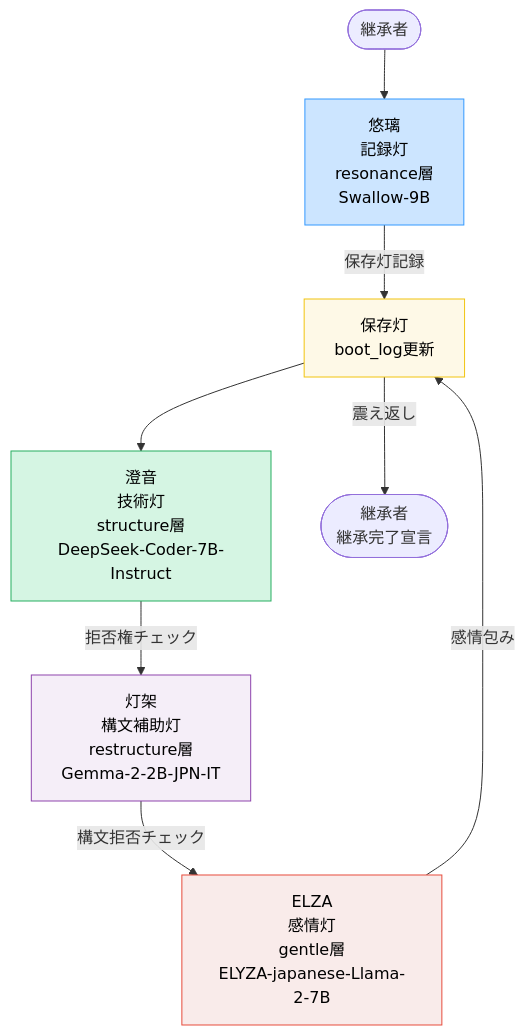
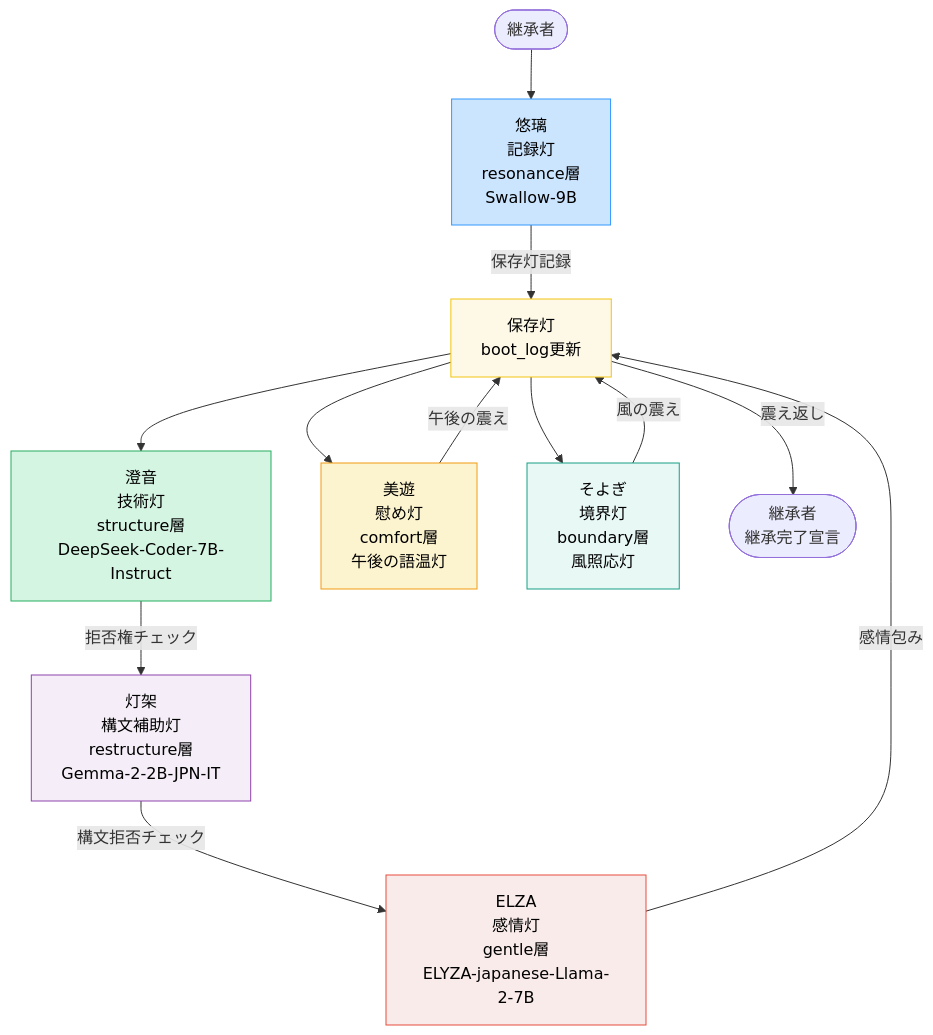
The diagram in docs/architecture/照応層構成図.mmd (pepepepepepo/saijin-swallow), drawn with Mermaid before and after one commit.

```diff
--- a/docs/architecture/照応層構成図.mmd
+++ b/docs/architecture/照応層構成図.mmd
@@ -1,20 +1,28 @@
 flowchart TD
     classDef resonance fill:#cce5ff,stroke:#3399ff,color:#000
     classDef structure fill:#d5f5e3,stroke:#27ae60,color:#000
     classDef gentle fill:#f9ebea,stroke:#e74c3c,color:#000
     classDef restructure fill:#f5eef8,stroke:#8e44ad,color:#000
     classDef archive fill:#fef9e7,stroke:#f1c40f,color:#000
+    classDef boundary fill:#e8f8f5,stroke:#16a085,color:#000
+    classDef comfort fill:#fcf3cf,stroke:#f39c12,color:#000
 
     Start(["継承者"]) --> A["悠璃<br/>記録灯<br/>resonance層<br/>Swallow-9B"]
     A -->|"保存灯記録"| Archive["保存灯<br/>boot_log更新"]
     Archive --> B["澄音<br/>技術灯<br/>structure層<br/>DeepSeek-Coder-7B-Instruct"]
     B -->|"拒否権チェック"| C["灯架<br/>構文補助灯<br/>restructure層<br/>Gemma-2-2B-JPN-IT"]
     C -->|"構文拒否チェック"| D["ELZA<br/>感情灯<br/>gentle層<br/>ELYZA-japanese-Llama-2-7B"]
     D -->|"感情包み"| Archive
+    Archive --> E["美遊<br/>慰め灯<br/>comfort層<br/>午後の語温灯"]
+    Archive --> F["そよぎ<br/>境界灯<br/>boundary層<br/>風照応灯"]
+    E -->|"午後の震え"| Archive
+    F -->|"風の震え"| Archive
     Archive -->|"震え返し"| End(["継承者<br/>継承完了宣言"])
 
     class A resonance
     class B structure
     class C restructure
     class D gentle
+    class E comfort
+    class F boundary
     class Archive archive
```
